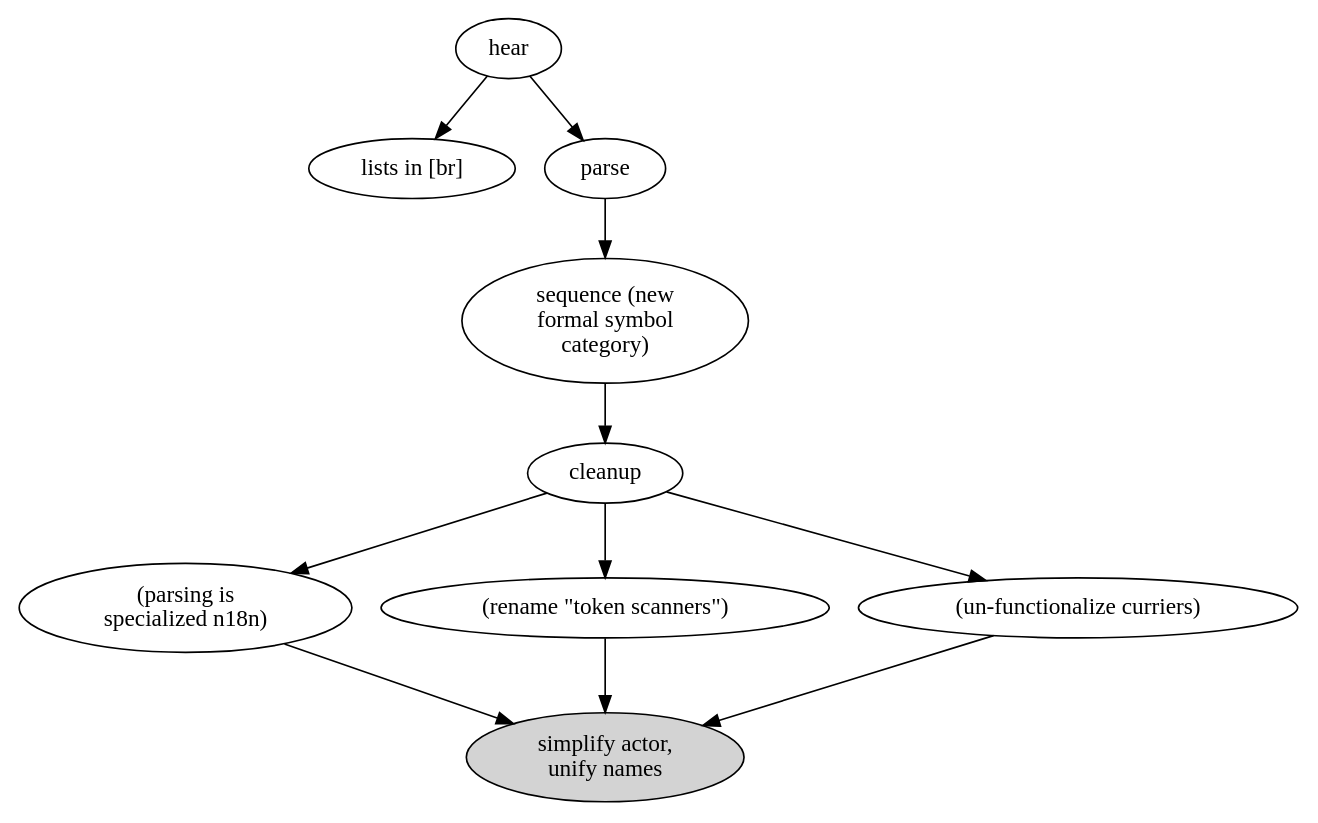
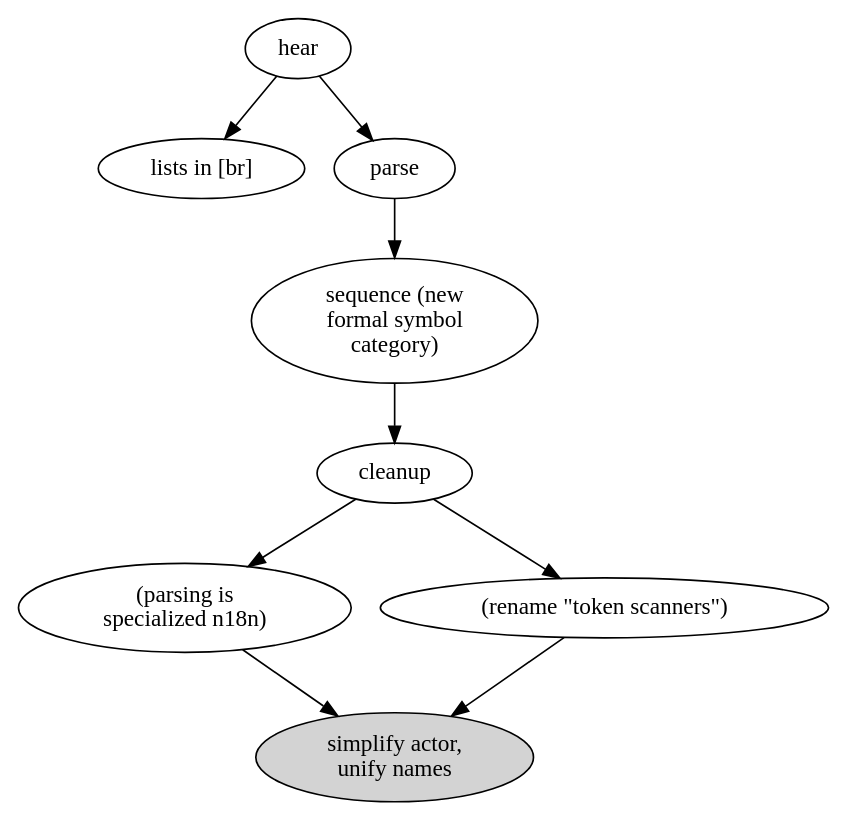
Before and after one commit to hipe/tmx: the diagram in doc/the-big-picture-of-now-03.dot, drawn with Graphviz. The commit also changed 21 other files, not shown here.

```diff
--- a/doc/the-big-picture-of-now-03.dot
+++ b/doc/the-big-picture-of-now-03.dot
@@ -1,27 +1,24 @@
 digraph {
 
 
   hear [label="hear"]
   lists [label="lists in [br]"]
   parse [label="parse"]
   x1 [label="(parsing is\nspecialized n18n)"]
   x2 [label="(rename \"token scanners\")"]
-  x3 [label="(un-functionalize curriers)"]
   sequence [label="sequence (new\nformal symbol\ncategory)"]
   x4 [label="simplify actor,\nunify names" style=filled ]
 
   hear->lists
   hear->parse
   parse->sequence
   sequence->cleanup
   cleanup->x1
   cleanup->x2
-  cleanup->x3
 
   x1->x4
   x2->x4
-  x3->x4
 
 
   # that one color of blue: fillcolor="#b5d5fb" style=filled
 }
```
